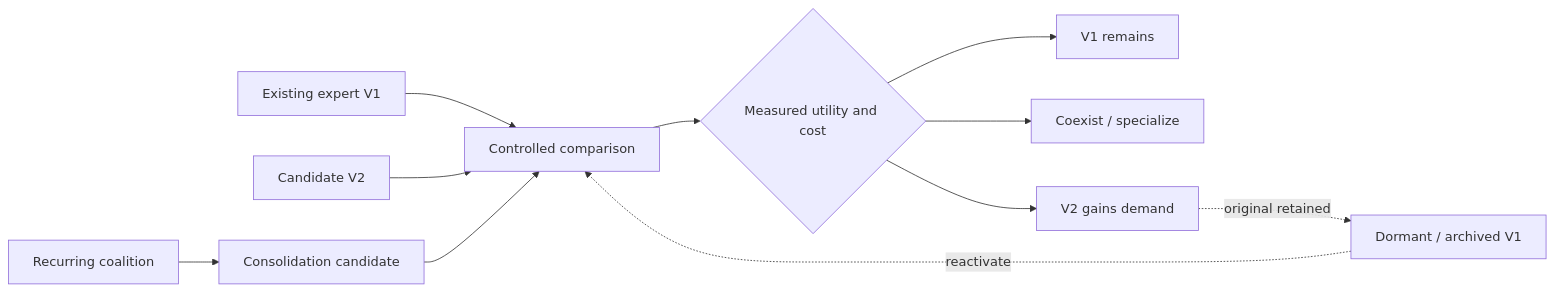
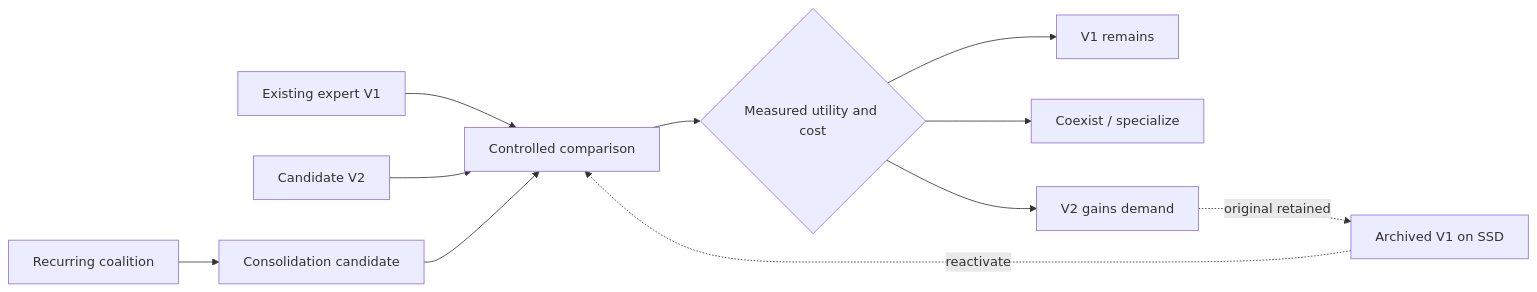
The ninth of 10 diagrams in README.md (Griggelor/VibeWeights), drawn with Mermaid before and after one commit. The commit also changed other lines of this file, not shown here.

````diff
--- a/README.md
+++ b/README.md
@@ -300,13 +300,13 @@
 ```mermaid
 flowchart LR
  V1["Existing expert V1"] --> X["Controlled comparison"]
  V2["Candidate V2"] --> X
  X --> Y{"Measured utility and cost"}
  Y --> A["V1 remains"]
  Y --> B["Coexist / specialize"]
  Y --> C["V2 gains demand"]
- C -. original retained .-> D["Dormant / archived V1"]
+ C -. original retained .-> D["Archived V1 on SSD"]
  D -. reactivate .-> X
  G["Recurring coalition"] --> F["Consolidation candidate"]
  F --> X
 ```
````
